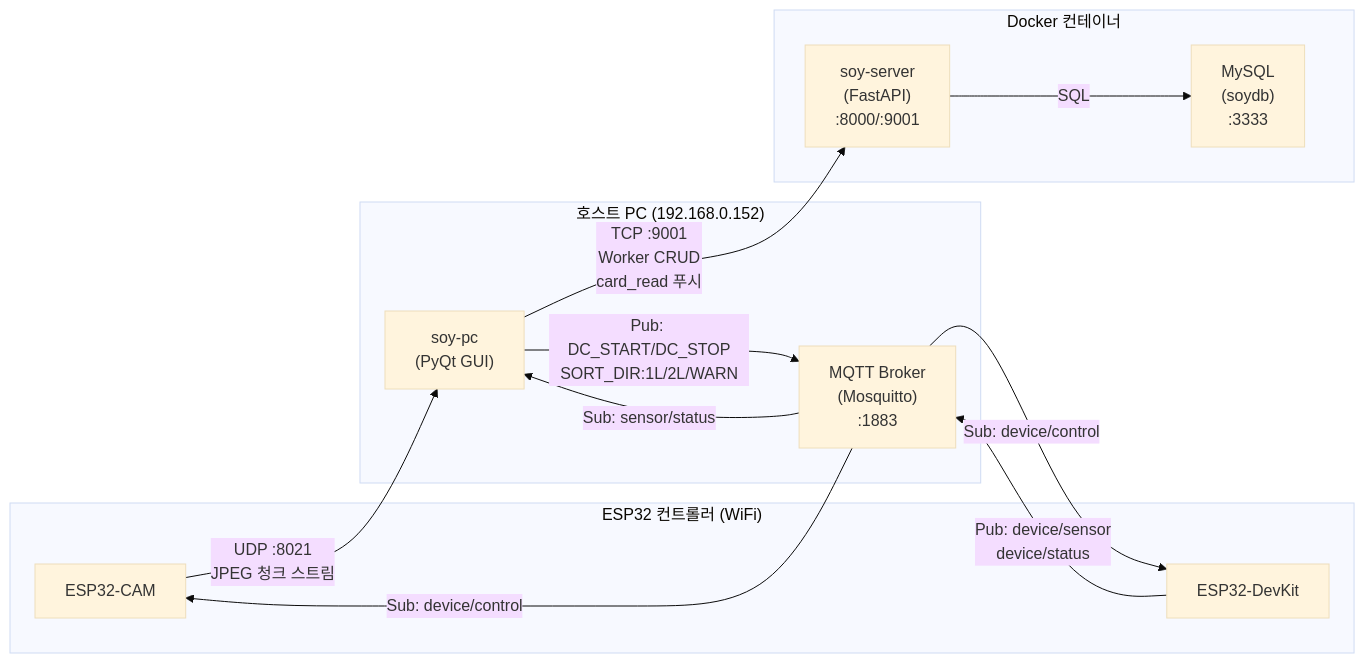
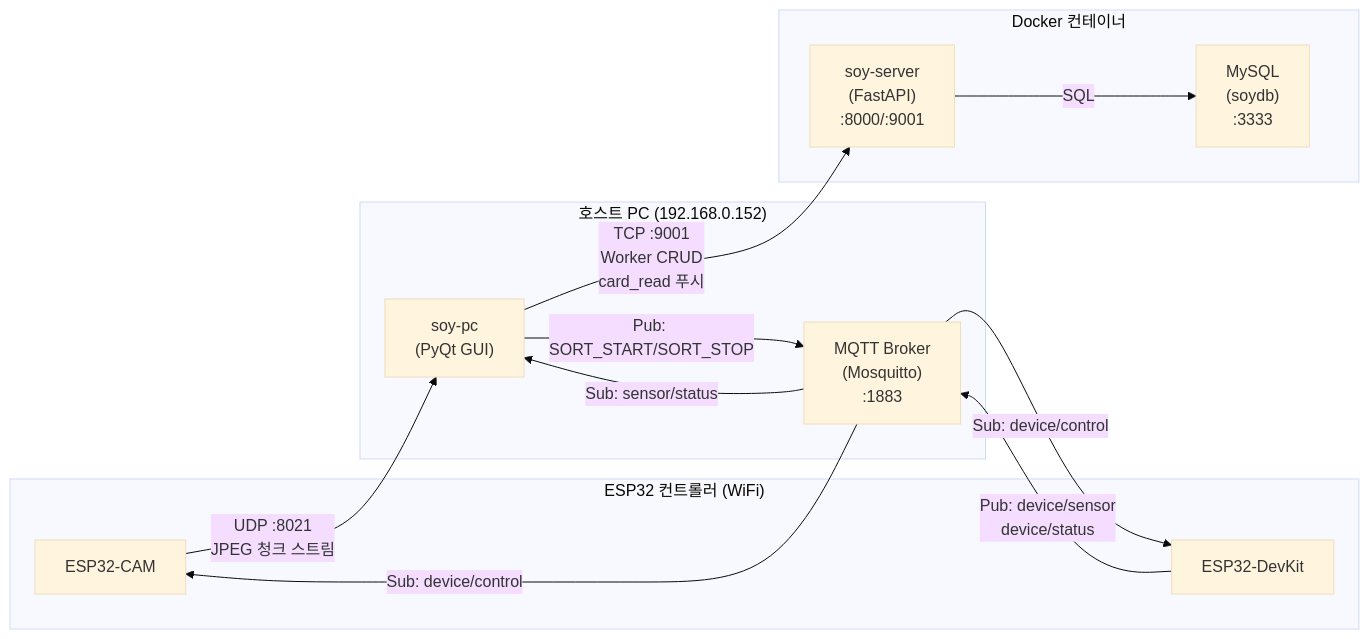
Before and after one commit to addinedu-physicalai-1st/iot-repo-3: the first of 2 diagrams in docs/communication_architecture.md, drawn with Mermaid (base theme). The commit also changed other lines of this file and 22 other files, not shown here.

Commit message:
refactor: sort_start, sort_stop, esp-common

````diff
--- a/docs/communication_architecture.md
+++ b/docs/communication_architecture.md
@@ -5,31 +5,31 @@
 ```mermaid
 graph LR
     subgraph "ESP32 컨트롤러 (WiFi)"
         CAM["ESP32-CAM"]
         DEV["ESP32-DevKit"]
     end
 
     subgraph "호스트 PC (192.168.0.152)"
         PC["soy-pc<br/>(PyQt GUI)"]
         BROKER["MQTT Broker<br/>(Mosquitto)<br/>:1883"]
     end
 
     subgraph "Docker 컨테이너"
         SVR["soy-server<br/>(FastAPI)<br/>:8000/:9001"]
         DB["MySQL<br/>(soydb)<br/>:3333"]
     end
 
     %% MQTT 통신
-    PC -- "Pub: DC_START/DC_STOP<br/>SORT_DIR:1L/2L/WARN" --> BROKER
+    PC -- "Pub: SORT_START/SORT_STOP" --> BROKER
     BROKER -- "Sub: device/control" --> DEV
     BROKER -- "Sub: device/control" --> CAM
     DEV -- "Pub: device/sensor<br/>device/status" --> BROKER
     BROKER -- "Sub: sensor/status" --> PC
 
     %% UDP 스트리밍
     CAM -- "UDP :8021<br/>JPEG 청크 스트림" --> PC
 
     %% TCP/HTTP
     PC -- "TCP :9001<br/>Worker CRUD<br/>card_read 푸시" --> SVR
     SVR -- "SQL" --> DB
 ```
````
